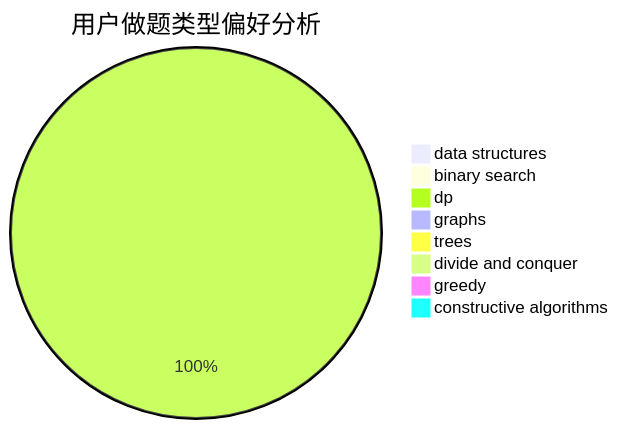
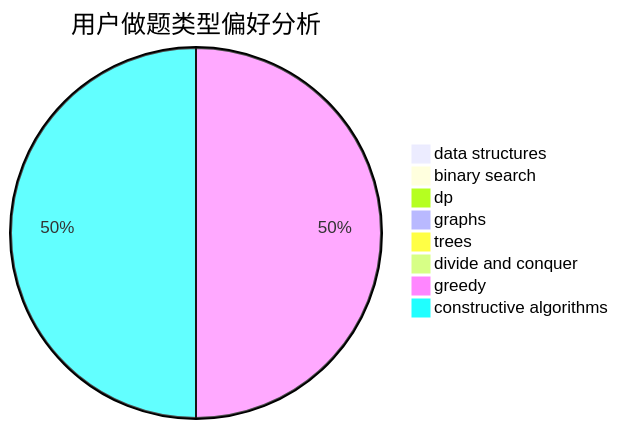
One commit to sherpahu/cfrs.github.io changed the second of 3 diagrams in docs/user/u829.md. Above: the diagram before and after it, drawn with Mermaid. The commit also changed other lines of this file and 2770 other files, not shown here.

````diff
--- a/docs/user/u829.md
+++ b/docs/user/u829.md
@@ -23,11 +23,11 @@
 ```mermaid
 pie title 用户做题类型偏好分析
     "data structures" :  0
     "binary search" :  0
-    "dp" :  1
+    "dp" :  0
     "graphs" :  0
     "trees" :  0
     "divide and conquer" :  0
-    "greedy" :  0
-    "constructive algorithms" :  0
+    "greedy" :  2
+    "constructive algorithms" :  2
 ```
````
